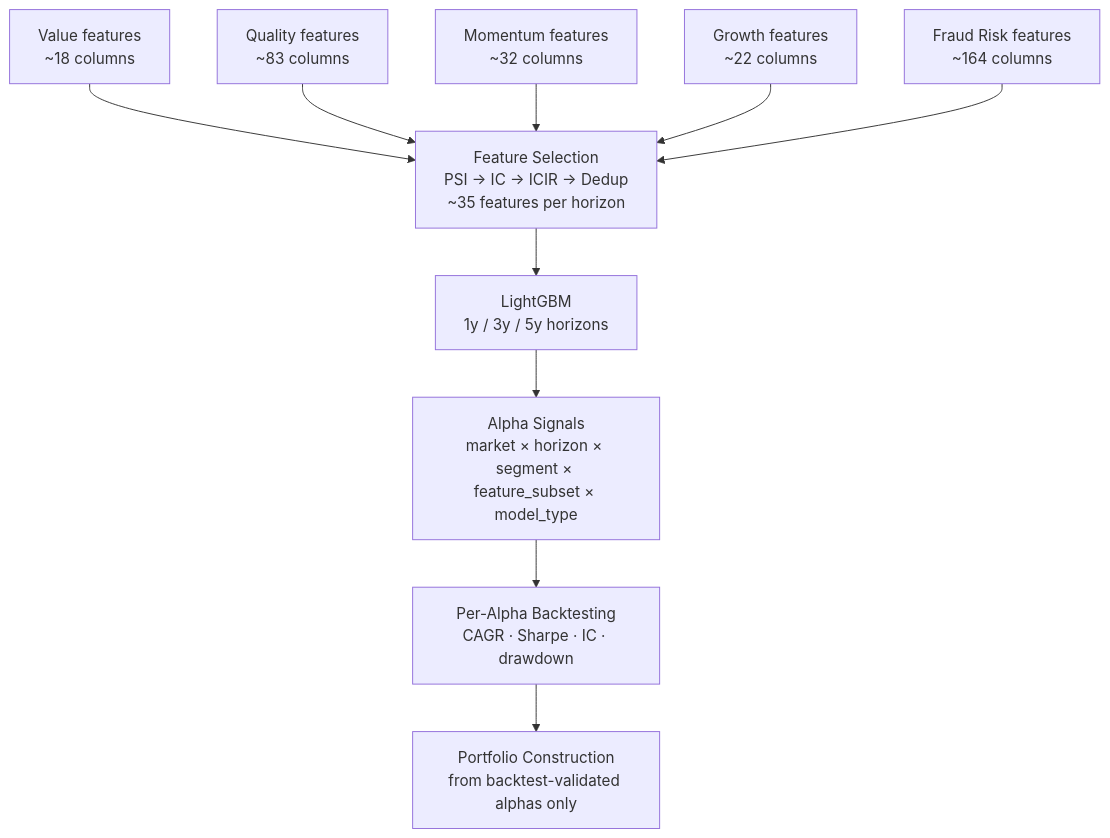
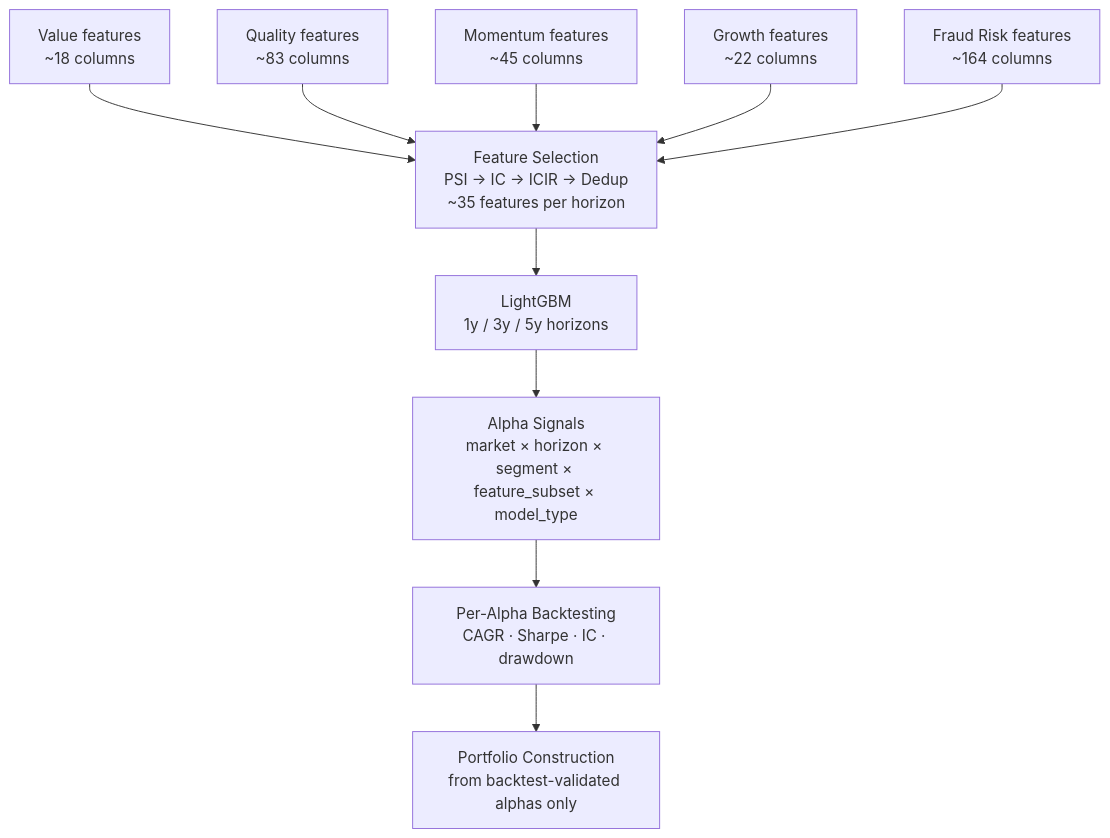
One commit to sherlock718/stock-fraud-screener changed the diagram in docs/methodology/factor-library.md. Above: the diagram before and after it, drawn with Mermaid. The commit also changed other lines of this file and 8 other files, not shown here.

First line of the commit message:
docs(phase-a): housekeeping pass — stale warnings, schema guide, distribution script, feature registry

````diff
--- a/docs/methodology/factor-library.md
+++ b/docs/methodology/factor-library.md
@@ -11,14 +11,14 @@
 ```mermaid
 flowchart TD
     V["Value features<br/>~18 columns"]
     Q["Quality features<br/>~83 columns"]
-    M["Momentum features<br/>~32 columns"]
+    M["Momentum features<br/>~45 columns"]
     G["Growth features<br/>~22 columns"]
     F["Fraud Risk features<br/>~164 columns"]
 
     V & Q & M & G & F --> FS["Feature Selection<br/>PSI → IC → ICIR → Dedup<br/>~35 features per horizon"]
     FS --> ML["LightGBM<br/>1y / 3y / 5y horizons"]
     ML --> AS["Alpha Signals<br/>market × horizon × segment × feature_subset × model_type"]
     AS --> BT["Per-Alpha Backtesting<br/>CAGR · Sharpe · IC · drawdown"]
     BT --> PC["Portfolio Construction<br/>from backtest-validated alphas only"]
 ```
````
